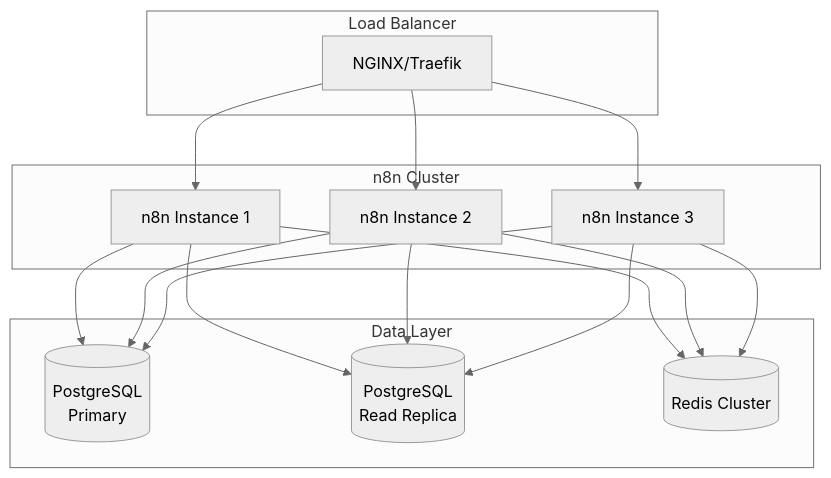
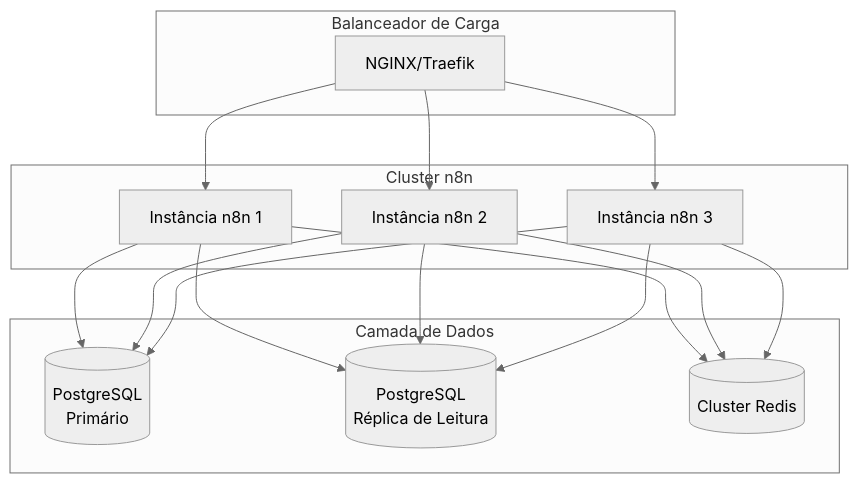
Before and after one commit to RenanLisboa8/n8n-clinic-multiagent: the ninth of 10 diagrams in docs/ARCHITECTURE.md, drawn with Mermaid (neutral theme). The commit also changed other lines of this file and 3 other files, not shown here.

First line of the commit message:
Translate architecture and deployment documentation to Portuguese

````diff
--- a/docs/ARCHITECTURE.md
+++ b/docs/ARCHITECTURE.md
@@ -413,34 +413,34 @@
 ```mermaid
 graph TB
-    subgraph "Load Balancer"
+    subgraph "Balanceador de Carga"
         LB[NGINX/Traefik]
     end
     
-    subgraph "n8n Cluster"
-        N1[n8n Instance 1]
-        N2[n8n Instance 2]
-        N3[n8n Instance 3]
+    subgraph "Cluster n8n"
+        N1[Instância n8n 1]
+        N2[Instância n8n 2]
+        N3[Instância n8n 3]
     end
     
-    subgraph "Data Layer"
-        PG_PRIMARY[(PostgreSQL<br/>Primary)]
-        PG_REPLICA[(PostgreSQL<br/>Read Replica)]
-        REDIS_CLUSTER[(Redis Cluster)]
+    subgraph "Camada de Dados"
+        PG_PRIMARY[(PostgreSQL<br/>Primário)]
+        PG_REPLICA[(PostgreSQL<br/>Réplica de Leitura)]
+        REDIS_CLUSTER[(Cluster Redis)]
     end
     
     LB --> N1
     LB --> N2
     LB --> N3
     
     N1 --> PG_PRIMARY
     N2 --> PG_PRIMARY
     N3 --> PG_PRIMARY
     
     N1 --> PG_REPLICA
     N2 --> PG_REPLICA
     N3 --> PG_REPLICA
     
     N1 --> REDIS_CLUSTER
     N2 --> REDIS_CLUSTER
     N3 --> REDIS_CLUSTER
 ```
````
